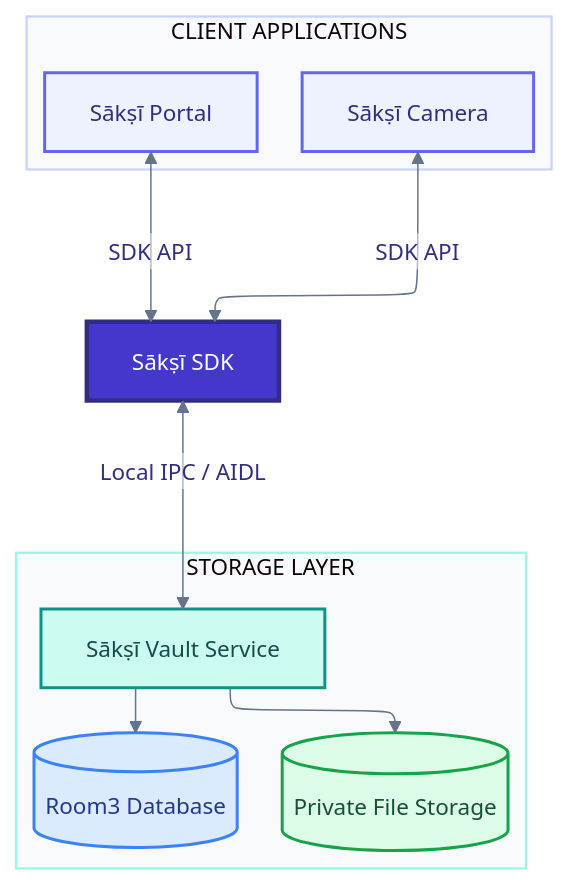
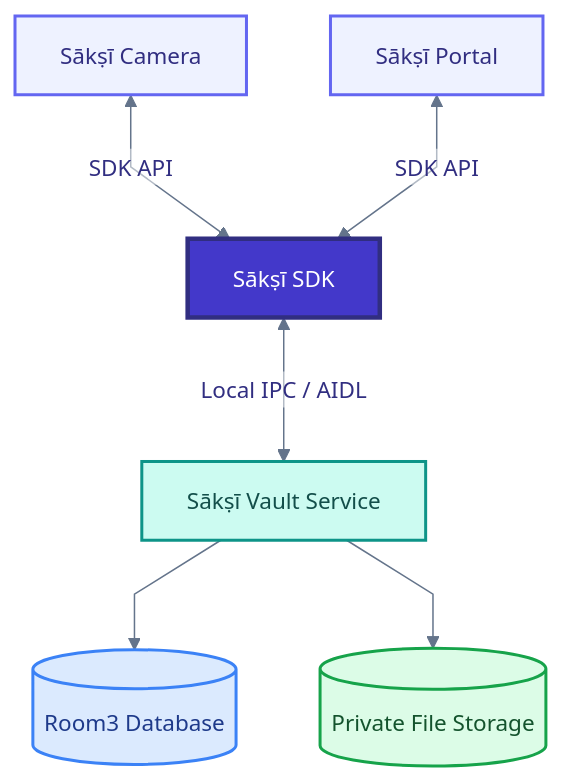
The diagram in 00_docs/overview/ecosystem-overview.md (RajnishKMehta/Sakshi-All), drawn with Mermaid before and after one commit.

````diff
--- a/00_docs/overview/ecosystem-overview.md
+++ b/00_docs/overview/ecosystem-overview.md
@@ -17,68 +17,51 @@
 ```mermaid
 ---
 config:
-  layout: elk
   theme: base
   themeVariables:
     background: "#F8FAFC"
     primaryColor: "#EEF2FF"
     primaryTextColor: "#312E81"
     primaryBorderColor: "#6366F1"
     secondaryColor: "#ECFDF5"
     secondaryTextColor: "#065F46"
     tertiaryColor: "#F0FDFA"
     lineColor: "#64748B"
     textColor: "#1E293B"
     edgeLabelBackground: "#FFFFFF"
-    clusterBkg: "#F1F5F9"
-    clusterBorder: "#CBD5E1"
-    nodeTextColor: "#1E293B"
     fontSize: "15px"
     fontFamily: "Inter, Arial, sans-serif"
   flowchart:
-    nodeSpacing: 65
-    rankSpacing: 80
-    diagramPadding: 24
-    curve: basis
+    nodeSpacing: 56
+    rankSpacing: 72
+    diagramPadding: 20
+    curve: linear
     htmlLabels: false
 ---
-flowchart TD
+flowchart TB
 
-    subgraph Clients["CLIENT APPLICATIONS"]
-        direction LR
-        C["Sākṣī Camera"]
-        P["Sākṣī Portal"]
-    end
+    C["Sākṣī Camera"]
+    P["Sākṣī Portal"]
+    SDK["Sākṣī SDK"]
+    V["Sākṣī Vault Service"]
+    DB[("Room3 Database")]
+    FS[("Private File Storage")]
 
-    SDK["Sākṣī SDK"]
-
-    subgraph Storage["STORAGE LAYER"]
-        direction LR
-        V["Sākṣī Vault Service"]
-        DB[("Room3 Database")]
-        FS[("Private File Storage")]
-    end
-
-    C <-->|SDK API| SDK
-    P <-->|SDK API| SDK
-
-    SDK <-->|Local IPC / AIDL| V
-
+    C <-->|"SDK API"| SDK
+    P <-->|"SDK API"| SDK
+    SDK <-->|"Local IPC / AIDL"| V
     V --> DB
     V --> FS
 
     classDef client fill:#EEF2FF,stroke:#6366F1,color:#312E81,stroke-width:2px
     classDef sdk fill:#4338CA,stroke:#312E81,color:#FFFFFF,stroke-width:3px
     classDef vault fill:#CCFBF1,stroke:#0D9488,color:#134E4A,stroke-width:2px
     classDef database fill:#DBEAFE,stroke:#3B82F6,color:#1E3A8A,stroke-width:2px
     classDef filesystem fill:#DCFCE7,stroke:#16A34A,color:#14532D,stroke-width:2px
 
     class C,P client
     class SDK sdk
     class V vault
     class DB database
     class FS filesystem
-
-    style Clients fill:#F8FAFC,stroke:#C7D2FE,stroke-width:1.5px,color:#3730A3
-    style Storage fill:#F8FAFC,stroke:#99F6E4,stroke-width:1.5px,color:#115E59
 ```
````
